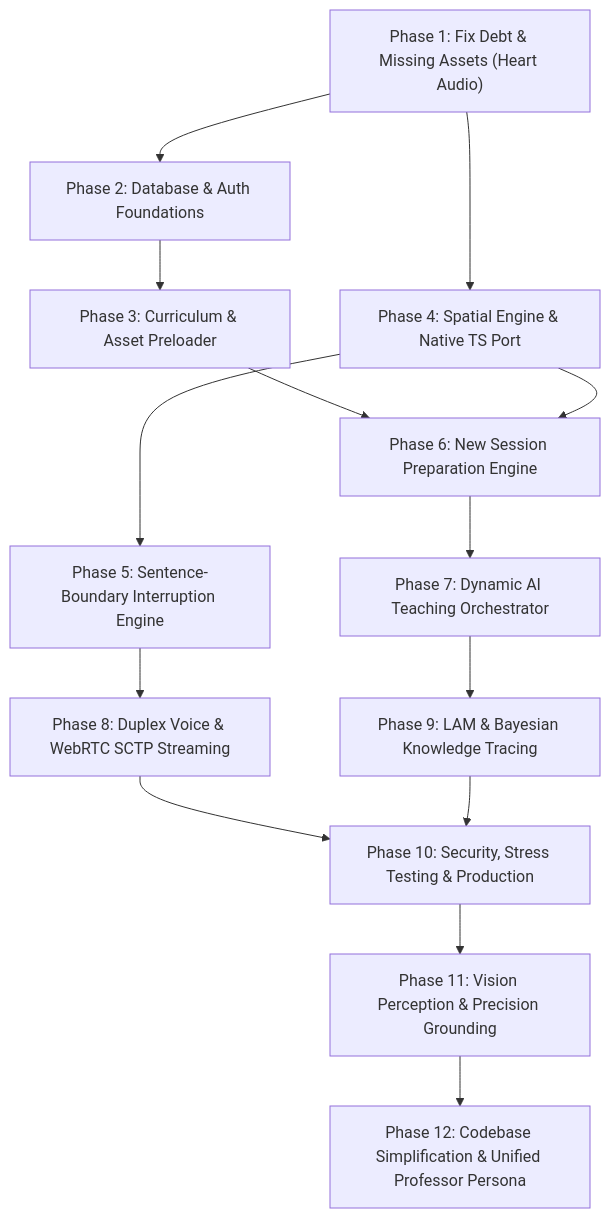
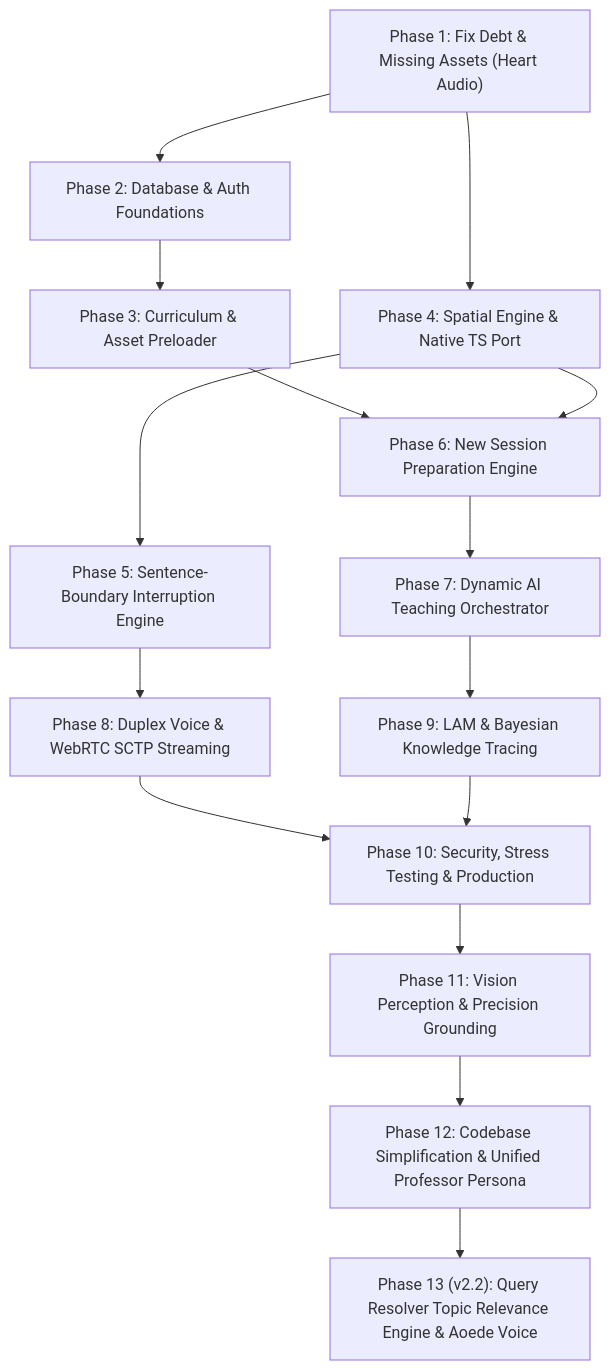
The diagram in docs/IMPLEMENTATION_ROADMAP.md (pranjal2410719/whiteboard-ai-agent), drawn with Mermaid before and after one commit. The commit also changed other lines of this file and 12 other files, not shown here.

````diff
--- a/docs/IMPLEMENTATION_ROADMAP.md
+++ b/docs/IMPLEMENTATION_ROADMAP.md
@@ -11,16 +11,17 @@
 ```mermaid
 flowchart TD
     P1["Phase 1: Fix Debt & Missing Assets (Heart Audio)"] --> P2["Phase 2: Database & Auth Foundations"]
     P2 --> P3["Phase 3: Curriculum & Asset Preloader"]
     P1 --> P4["Phase 4: Spatial Engine & Native TS Port"]
     P4 --> P5["Phase 5: Sentence-Boundary Interruption Engine"]
     P3 --> P6["Phase 6: New Session Preparation Engine"]
     P4 --> P6
     P6 --> P7["Phase 7: Dynamic AI Teaching Orchestrator"]
     P5 --> P8["Phase 8: Duplex Voice & WebRTC SCTP Streaming"]
     P7 --> P9["Phase 9: LAM & Bayesian Knowledge Tracing"]
     P8 --> P10["Phase 10: Security, Stress Testing & Production"]
     P9 --> P10
     P10 --> P11["Phase 11: Vision Perception & Precision Grounding"]
     P11 --> P12["Phase 12: Codebase Simplification & Unified Professor Persona"]
+    P12 --> P13["Phase 13 (v2.2): Query Resolver Topic Relevance Engine & Aoede Voice"]
 ```
````
